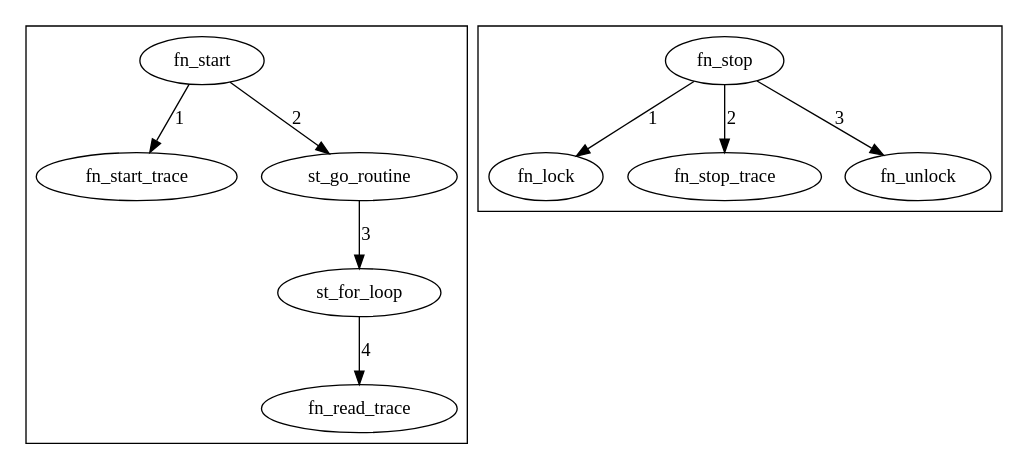
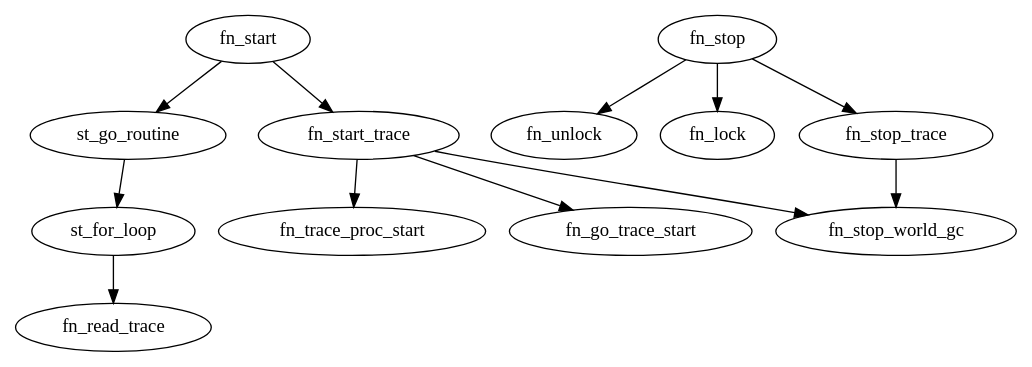
The diagram in diagram/trace/trace.gv (wonderfan/golang), drawn with Graphviz before and after one commit.

```diff
--- a/diagram/trace/trace.gv
+++ b/diagram/trace/trace.gv
@@ -1,21 +1,18 @@
 digraph {
-    subgraph cluster_start {
-        edge [label=1]
-        fn_start -> fn_start_trace
-        edge [label=2]
-        fn_start -> st_go_routine
-        edge [label=3]
-        st_go_routine -> st_for_loop
-        edge [label=4]
-        st_for_loop -> fn_read_trace       
-    }
+
+    // function start
+    fn_start -> fn_start_trace
+    fn_start -> st_go_routine
+    st_go_routine -> st_for_loop
+    st_for_loop -> fn_read_trace
+    fn_start_trace -> fn_stop_world_gc
+    fn_start_trace -> fn_trace_proc_start
+    fn_start_trace -> fn_go_trace_start
     
-    subgraph cluster_stop {
-        edge [label=1]
-        fn_stop -> fn_lock
-        edge [label=2]
-        fn_stop -> fn_stop_trace
-        edge [label=3]
-        fn_stop -> fn_unlock
-    }
+    //function stop
+    fn_stop -> fn_lock
+    fn_stop -> fn_stop_trace
+    fn_stop -> fn_unlock
+    fn_stop_trace -> fn_stop_world_gc
+    
 }
```
